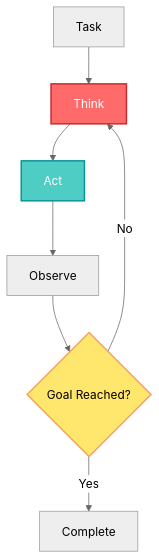
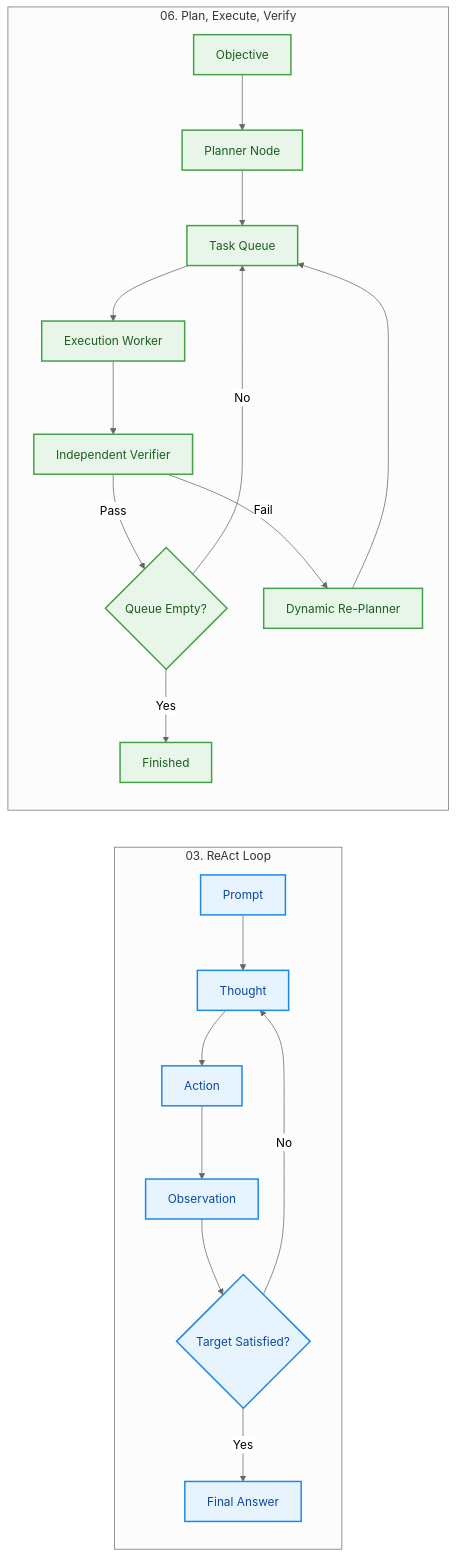
One commit to akillness/akillness.github.io changed the second of 3 diagrams in _posts/2025/12/2025-12-10-all-agentic-architectures-comprehensive-guide.md. Above: the diagram before and after it, drawn with Mermaid (neutral theme). The commit also changed other lines of this file and 1 other file, not shown here.

Commit message:
archive(dev): rebuild all-agentic-architectures-comprehensive-guide from 2025-12 note

````diff
--- a/_posts/2025/12/2025-12-10-all-agentic-architectures-comprehensive-guide.md
+++ b/_posts/2025/12/2025-12-10-all-agentic-architectures-comprehensive-guide.md
@@ -89,13 +93,28 @@
 ```mermaid
-graph TB
-    A[Task] --> B[Think]
-    B --> C[Act]
-    C --> D[Observe]
-    D --> E{Goal Reached?}
-    E -->|No| B
-    E -->|Yes| F[Complete]
+flowchart LR
+    subgraph Traditional ReAct ["03. ReAct Loop"]
+        R1[Prompt] --> R2[Thought]
+        R2 --> R3[Action]
+        R3 --> R4[Observation]
+        R4 --> R5{Target Satisfied?}
+        R5 -- No --> R2
+        R5 -- Yes --> R6[Final Answer]
+    end
 
-    style B fill:#ff6b6b,stroke:#c92a2a,stroke-width:2px,color:#fff
-    style C fill:#4ecdc4,stroke:#0a9396,stroke-width:2px,color:#fff
-    style E fill:#ffe66d,stroke:#f4a261,stroke-width:2px,color:#000
+    subgraph PEV ["06. Plan, Execute, Verify"]
+        P1[Objective] --> P2[Planner Node]
+        P2 --> P3[Task Queue]
+        P3 --> P4[Execution Worker]
+        P4 --> P5[Independent Verifier]
+        P5 -- Pass --> P6{Queue Empty?}
+        P6 -- No --> P3
+        P6 -- Yes --> P7[Finished]
+        P5 -- Fail --> P8[Dynamic Re-Planner]
+        P8 --> P3
+    end
+
+    classDef loop fill:#e8f4fd,stroke:#1e88e5,stroke-width:2px,color:#0d47a1;
+    classDef pev fill:#e8f5e9,stroke:#43a047,stroke-width:2px,color:#1b5e20;
+    class R1,R2,R3,R4,R5,R6 loop;
+    class P1,P2,P3,P4,P5,P6,P7,P8,P6,P7 pev;
 ```
````
